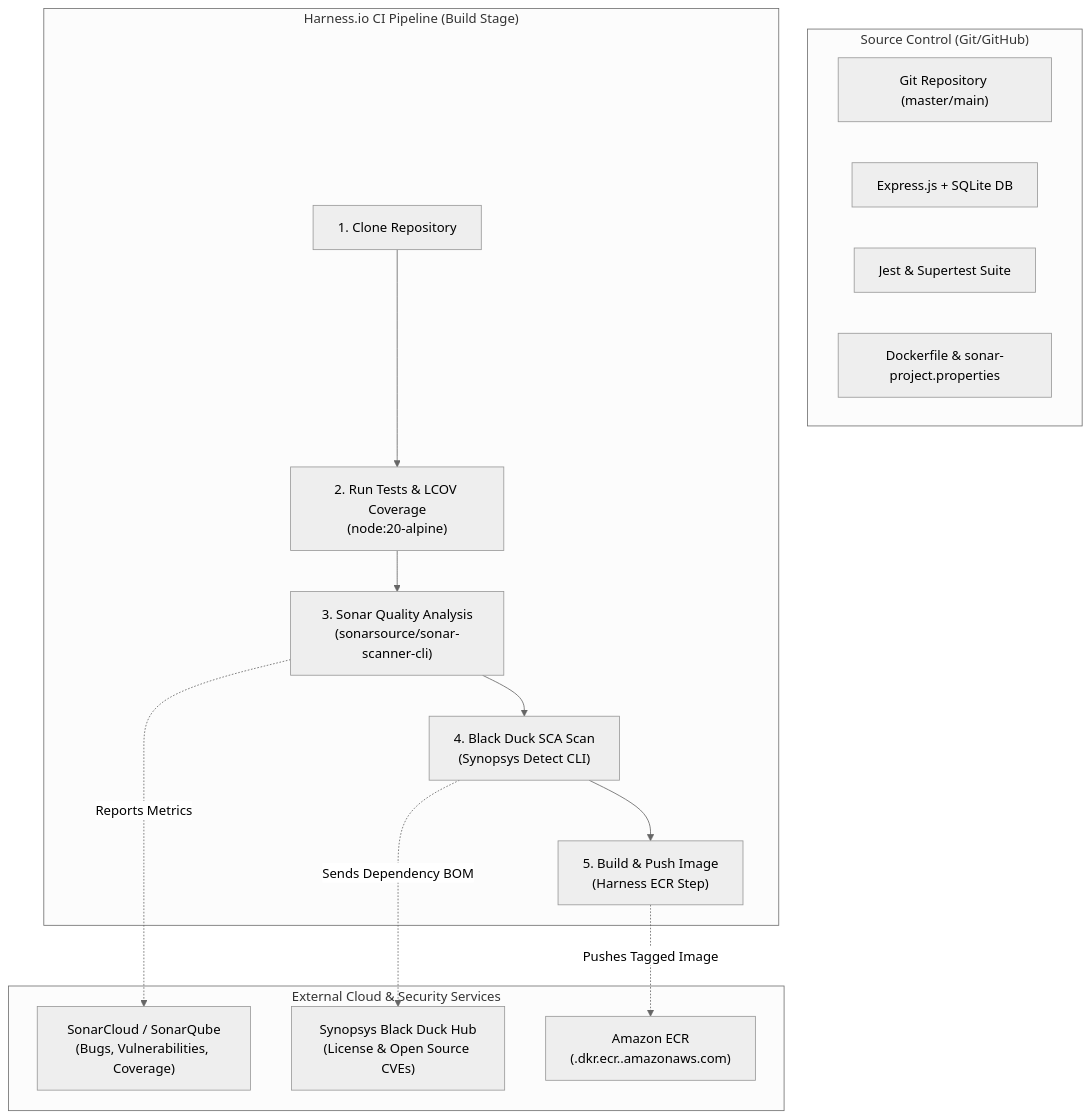
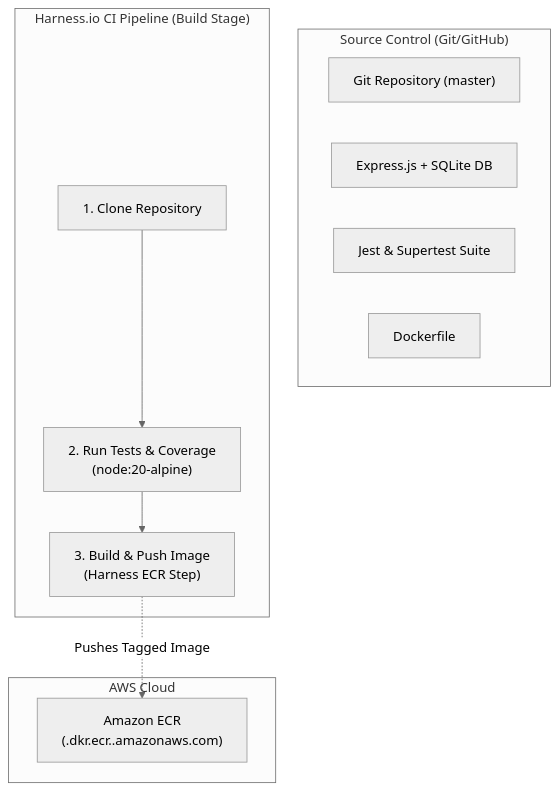
The diagram in HARNESS_PIPELINE_GUIDE.md (AndMak1989/express-harness-demo), drawn with Mermaid (neutral theme) before and after one commit. The commit also changed other lines of this file and 2 other files, not shown here.

Commit message:
ci: remove sonar and black duck steps from pipeline

````diff
--- a/HARNESS_PIPELINE_GUIDE.md
+++ b/HARNESS_PIPELINE_GUIDE.md
@@ -23,32 +23,24 @@
 ```mermaid
 flowchart TD
     subgraph Dev["Source Control (Git/GitHub)"]
-        Repo["Git Repository (master/main)"]
+        Repo["Git Repository (master)"]
         Code["Express.js + SQLite DB"]
         Tests["Jest & Supertest Suite"]
-        Config["Dockerfile & sonar-project.properties"]
+        Docker["Dockerfile"]
     end
 
     subgraph HarnessCI["Harness.io CI Pipeline (Build Stage)"]
         Clone["1. Clone Repository"]
-        TestStep["2. Run Tests & LCOV Coverage\n(node:20-alpine)"]
-        SonarStep["3. Sonar Quality Analysis\n(sonarsource/sonar-scanner-cli)"]
-        BDStep["4. Black Duck SCA Scan\n(Synopsys Detect CLI)"]
-        ECRStep["5. Build & Push Image\n(Harness ECR Step)"]
+        TestStep["2. Run Tests & Coverage\n(node:20-alpine)"]
+        ECRStep["3. Build & Push Image\n(Harness ECR Step)"]
 
         Clone --> TestStep
-        TestStep --> SonarStep
-        SonarStep --> BDStep
-        BDStep --> ECRStep
+        TestStep --> ECRStep
     end
 
-    subgraph CloudServices["External Cloud & Security Services"]
-        SonarCloud["SonarCloud / SonarQube\n(Bugs, Vulnerabilities, Coverage)"]
-        BlackDuckHub["Synopsys Black Duck Hub\n(License & Open Source CVEs)"]
+    subgraph CloudServices["AWS Cloud"]
         AWSECR["Amazon ECR\n(<aws_account_id>.dkr.ecr.<region>.amazonaws.com)"]
     end
 
-    SonarStep -. Reports Metrics .-> SonarCloud
-    BDStep -. Sends Dependency BOM .-> BlackDuckHub
     ECRStep -. Pushes Tagged Image .-> AWSECR
 ```
````
